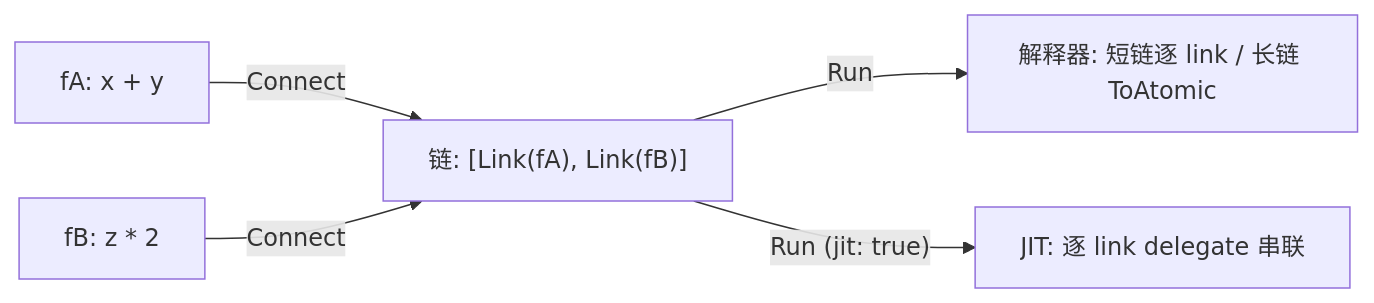
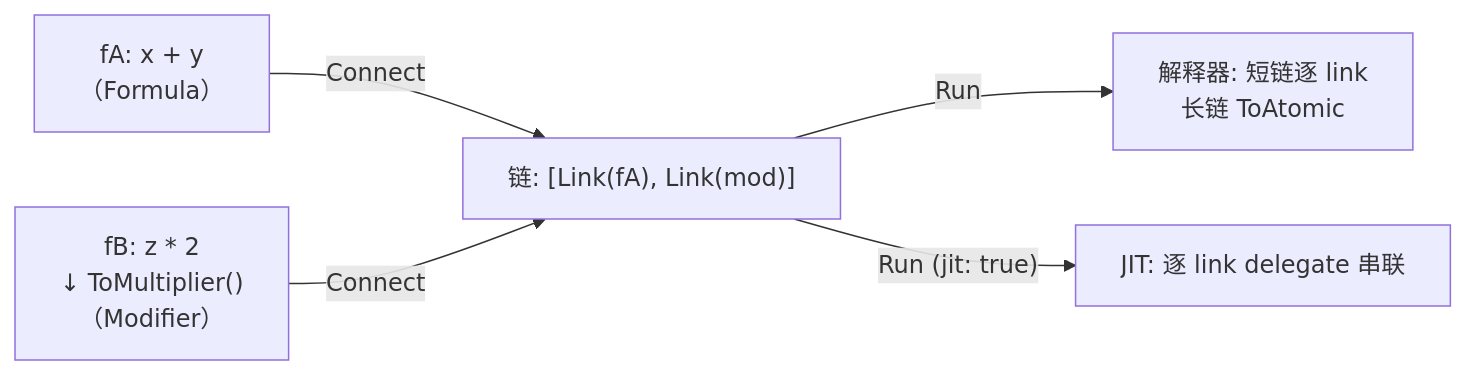
Before and after one commit to twds0x13/FluxFormula: the second of 2 diagrams in docs/guide/core-concepts.md, drawn with Mermaid. The commit also changed other lines of this file and 5 other files, not shown here.

Commit message:
docs: fix Mermaid diagrams — split compile-cache into 3 blocks, add centering CSS, fix Instruction/Connect diagrams [skip test]

````diff
--- a/docs/guide/core-concepts.md
+++ b/docs/guide/core-concepts.md
@@ -122,7 +121,7 @@
 ```mermaid
 graph LR
-    A["fA: x + y"] -->|Connect| C["链: [Link(fA), Link(fB)]"]
-    B["fB: z * 2"] -->|Connect| C
-    C -->|"Run"| D["解释器: 短链逐 link / 长链 ToAtomic"]
+    A["fA: x + y<br/>（Formula）"] -->|Connect| C["链: [Link(fA), Link(mod)]"]
+    B["fB: z * 2<br/>↓ ToMultiplier()<br/>（Modifier）"] -->|Connect| C
+    C -->|"Run"| D["解释器: 短链逐 link<br/>长链 ToAtomic"]
     C -->|"Run (jit: true)"| E["JIT: 逐 link delegate 串联"]
 ```
````
